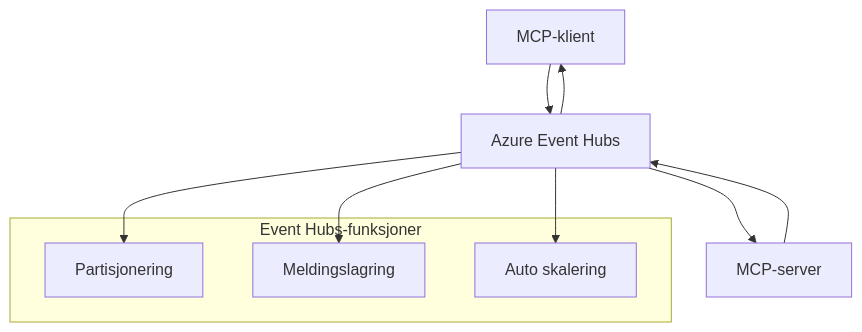
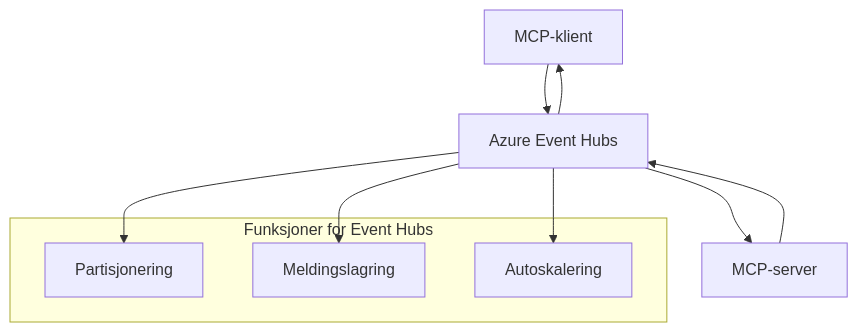
The second of 2 diagrams in mcp_ecosystem__model_context_protocol/mcp_learning_resources/mcp-for-beginners/translations/no/05-AdvancedTopics/mcp-transport/README.md (HIDORAKAI002/ai-workspace-archive), drawn with Mermaid before and after one commit. The commit also changed other lines of this file and 1046 other files, not shown here.

````diff
--- a/mcp_ecosystem__model_context_protocol/mcp_learning_resources/mcp-for-beginners/translations/no/05-AdvancedTopics/mcp-transport/README.md
+++ b/mcp_ecosystem__model_context_protocol/mcp_learning_resources/mcp-for-beginners/translations/no/05-AdvancedTopics/mcp-transport/README.md
@@ -270,17 +272,17 @@
 ```mermaid
 graph TB
     Client[MCP-klient] --> EH[Azure Event Hubs]
     EH --> Server[MCP-server]
     Server --> EH
     EH --> Client
     
-    subgraph "Event Hubs-funksjoner"
+    subgraph "Funksjoner for Event Hubs"
         Partition[Partisjonering]
         Retention[Meldingslagring]
-        Scaling[Auto skalering]
+        Scaling[Autoskalering]
     end
     
     EH --> Partition
     EH --> Retention
     EH --> Scaling
 ```
````
